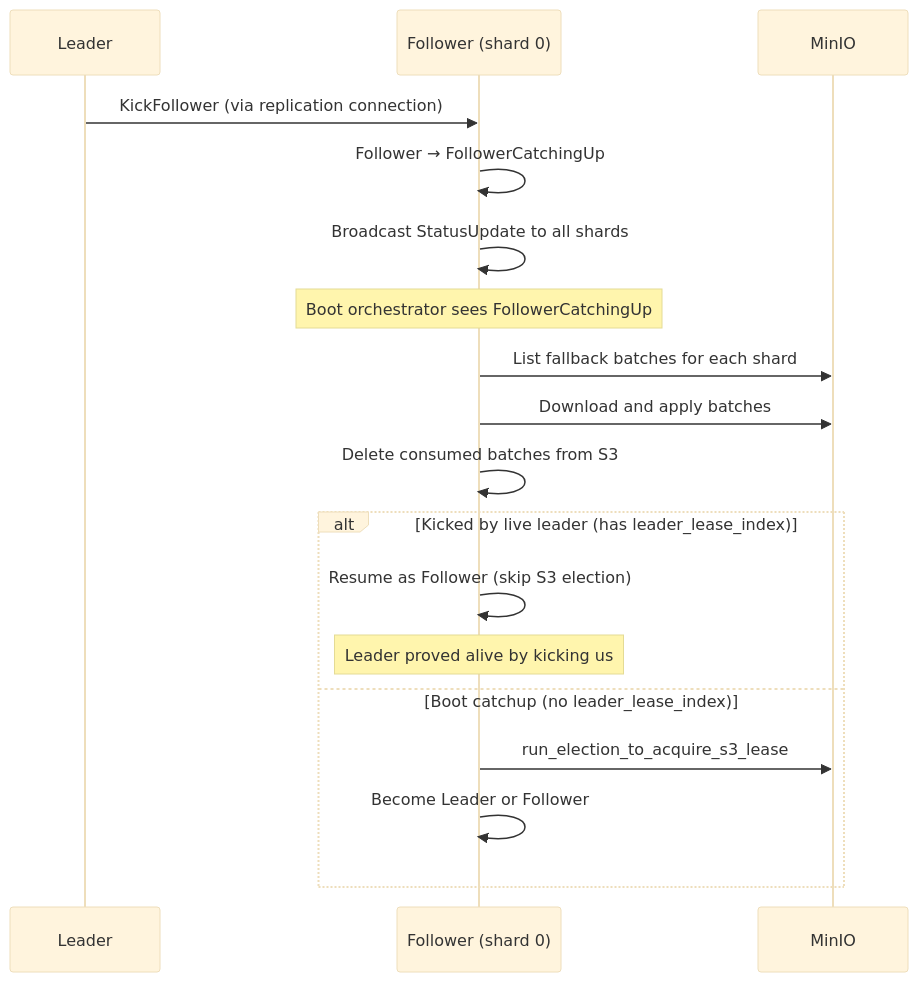
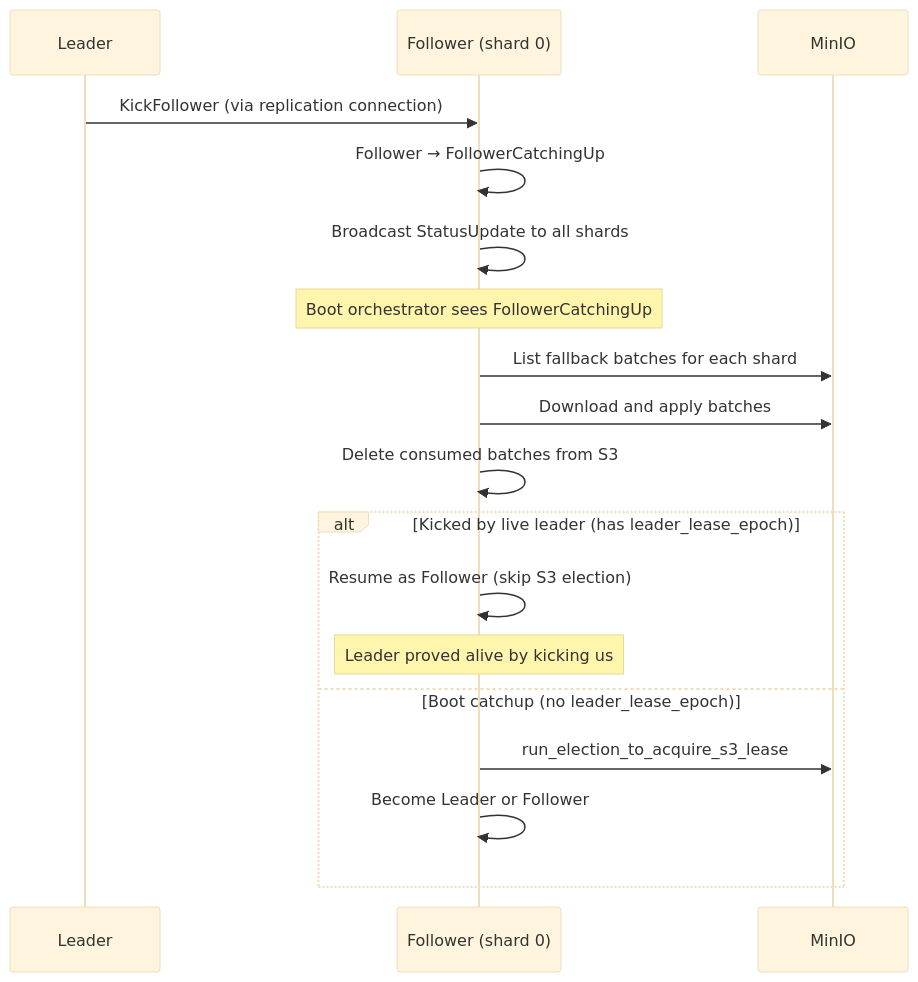
One commit to celeriant/celeriant-db changed the seventh of 12 diagrams in docs/leadership-replication-design.md. Above: the diagram before and after it, drawn with Mermaid (base theme). The commit also changed other lines of this file and 197 other files, not shown here.

````diff
--- a/docs/leadership-replication-design.md
+++ b/docs/leadership-replication-design.md
@@ -513,24 +513,24 @@
 ```mermaid
 sequenceDiagram
     participant L as Leader
     participant F as Follower (shard 0)
     participant S3 as MinIO
 
     L->>F: KickFollower (via replication connection)
     F->>F: Follower → FollowerCatchingUp
     F->>F: Broadcast StatusUpdate to all shards
 
     Note over F: Boot orchestrator sees FollowerCatchingUp
 
     F->>S3: List fallback batches for each shard
     F->>S3: Download and apply batches
     F->>F: Delete consumed batches from S3
 
-    alt Kicked by live leader (has leader_lease_index)
+    alt Kicked by live leader (has leader_lease_epoch)
         F->>F: Resume as Follower (skip S3 election)
         Note over F: Leader proved alive by kicking us
-    else Boot catchup (no leader_lease_index)
+    else Boot catchup (no leader_lease_epoch)
         F->>S3: run_election_to_acquire_s3_lease
         F->>F: Become Leader or Follower
     end
 ```
````
